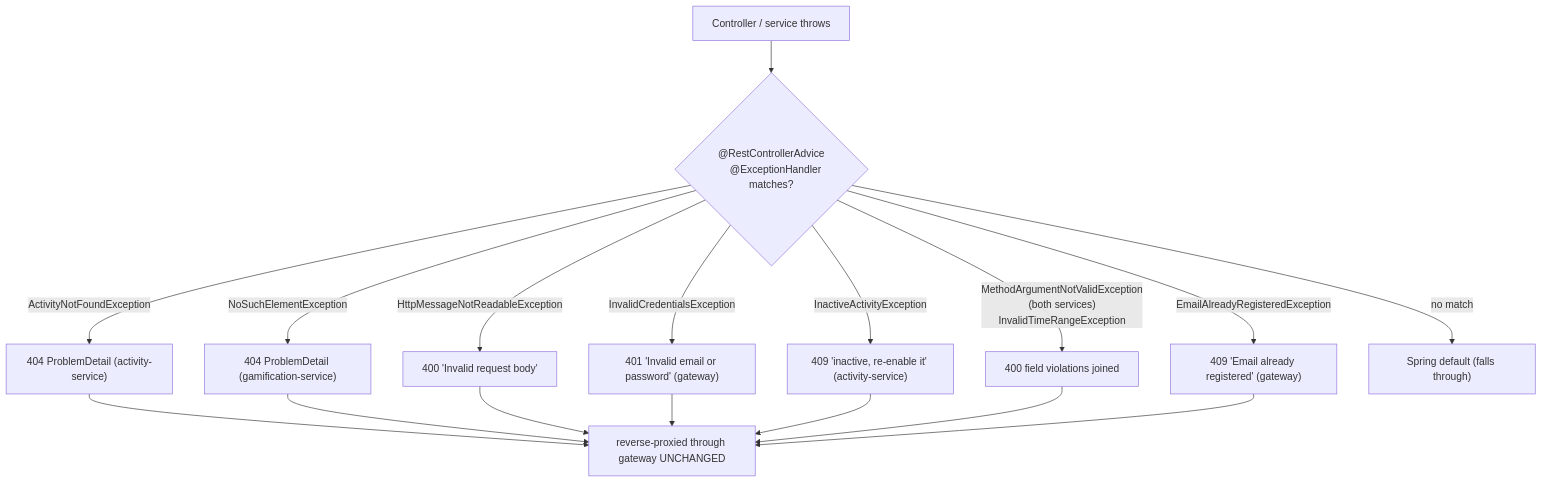
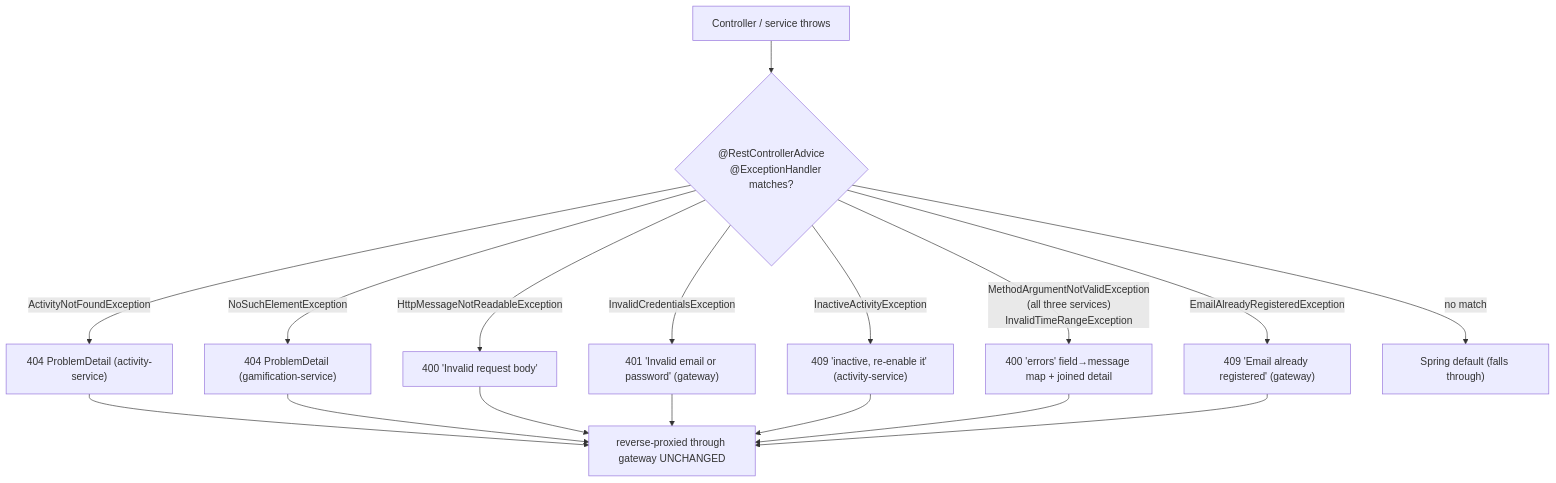
The diagram in docs/features/error-handling.md (prashant-singh-2001/gamified_tracker), drawn with Mermaid before and after one commit. The commit also changed other lines of this file and 1 other file, not shown here.

````diff
--- a/docs/features/error-handling.md
+++ b/docs/features/error-handling.md
@@ -20,14 +20,14 @@
 ```mermaid
 flowchart TB
     A[Controller / service throws] --> B{"@RestControllerAdvice
     @ExceptionHandler matches?"}
     B -->|"ActivityNotFoundException"| C["404 ProblemDetail (activity-service)"]
     B -->|"NoSuchElementException"| D["404 ProblemDetail (gamification-service)"]
     B -->|"InactiveActivityException"| I["409 'inactive, re-enable it' (activity-service)"]
-    B -->|"MethodArgumentNotValidException<br/>(both services)<br/>InvalidTimeRangeException"| J["400 field violations joined"]
+    B -->|"MethodArgumentNotValidException<br/>(all three services)<br/>InvalidTimeRangeException"| J["400 'errors' field→message map + joined detail"]
     B -->|"HttpMessageNotReadableException"| E["400 'Invalid request body'"]
     B -->|"InvalidCredentialsException"| F["401 'Invalid email or password' (gateway)"]
     B -->|"EmailAlreadyRegisteredException"| K["409 'Email already registered' (gateway)"]
     B -->|no match| G["Spring default (falls through)"]
     C & D & E & F & I & J & K --> H["reverse-proxied through gateway UNCHANGED"]
 ```
````
